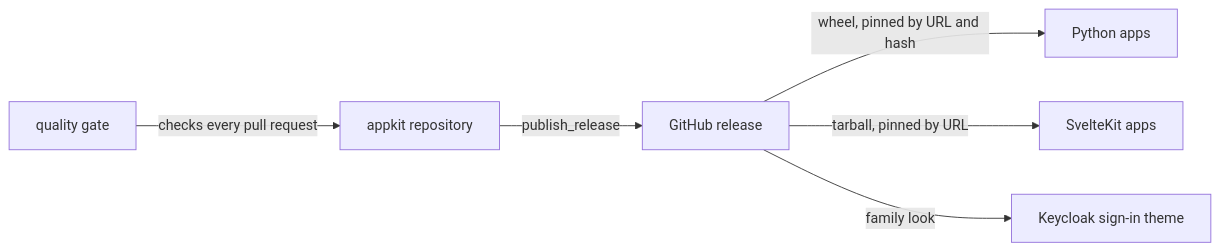
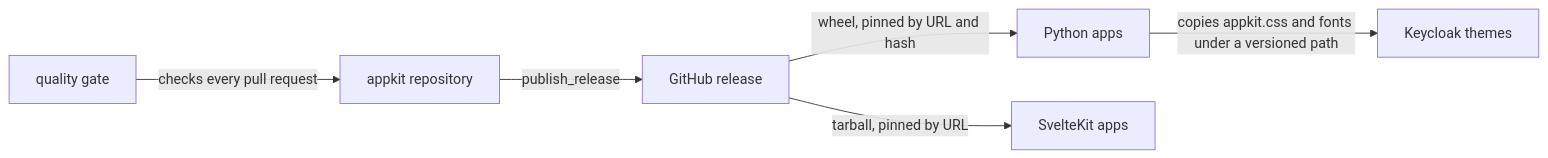
Before and after one commit to overnightworks/appkit: the first of 3 diagrams in docs/ARCHITECTURE.md, drawn with Mermaid. The commit also changed other lines of this file and 2 other files, not shown here.

First line of the commit message:
The architecture overview names each owner and reason truly

````diff
--- a/docs/ARCHITECTURE.md
+++ b/docs/ARCHITECTURE.md
@@ -12,14 +12,14 @@
 ```mermaid
 flowchart LR
   appkit[appkit repository]
   gate[quality gate]
   release[GitHub release]
   py[Python apps]
   kit[SvelteKit apps]
-  kc[Keycloak sign-in theme]
+  kc[Keycloak themes]
   gate -- checks every pull request --> appkit
   appkit -- publish_release --> release
   release -- wheel, pinned by URL and hash --> py
   release -- tarball, pinned by URL --> kit
-  release -- family look --> kc
+  py -- copies appkit.css and fonts under a versioned path --> kc
 ```
````
